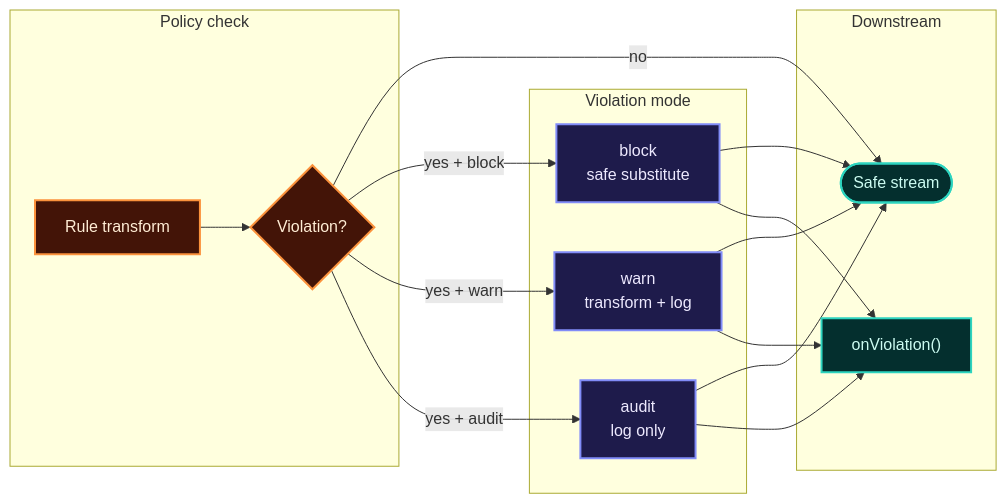
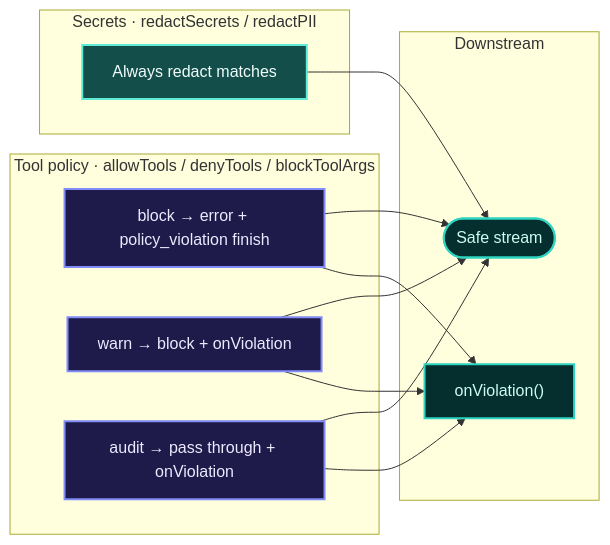
One commit to 01laky/llm-stream-guard changed the diagram in docs/img/violation-modes.mmd. Above: the diagram before and after it, drawn with Mermaid. The commit also changed 62 other files, not shown here.

```diff
--- a/docs/img/violation-modes.mmd
+++ b/docs/img/violation-modes.mmd
@@ -1,33 +1,31 @@
 flowchart LR
-	subgraph INPUT["Policy check"]
-		RULE["Rule transform"]
-		HIT{"Violation?"}
+	subgraph SECRETS["Secrets · redactSecrets / redactPII"]
+		SR["Always redact matches"]
 	end
 
-	subgraph MODES["Violation mode"]
-		BLOCK["block<br/>safe substitute"]
-		WARN["warn<br/>transform + log"]
-		AUDIT["audit<br/>log only"]
+	subgraph TOOLS["Tool policy · allowTools / denyTools / blockToolArgs"]
+		TB["block → error + policy_violation finish"]
+		TW["warn → block + onViolation"]
+		TA["audit → pass through + onViolation"]
 	end
 
 	subgraph OUT["Downstream"]
 		STREAM(["Safe stream"])
 		CB["onViolation()"]
 	end
 
-	RULE --> HIT
-	HIT -->|no| STREAM
-	HIT -->|yes + block| BLOCK --> STREAM
-	HIT -->|yes + warn| WARN --> STREAM
-	HIT -->|yes + audit| AUDIT --> STREAM
-	WARN --> CB
-	AUDIT --> CB
-	BLOCK --> CB
+	SR --> STREAM
+	TB --> STREAM
+	TW --> STREAM
+	TA --> STREAM
+	TW --> CB
+	TA --> CB
+	TB --> CB
 
-	classDef rule fill:#431407,stroke:#fb923c,stroke-width:2px,color:#ffedd5
+	classDef secret fill:#134e4a,stroke:#5eead4,stroke-width:2px,color:#f0fdfa
 	classDef mode fill:#1e1b4b,stroke:#818cf8,stroke-width:2px,color:#ede9fe
 	classDef out fill:#042f2e,stroke:#2dd4bf,stroke-width:2px,color:#ccfbf1
 
-	class RULE,HIT rule
-	class BLOCK,WARN,AUDIT mode
+	class SR secret
+	class TB,TW,TA mode
 	class STREAM,CB out
```
